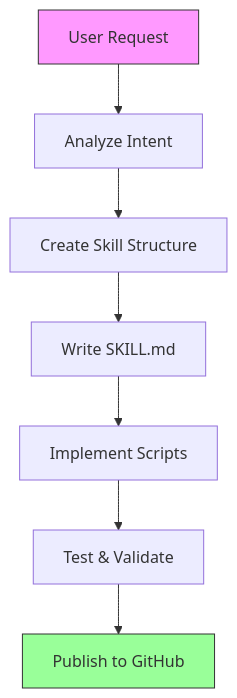
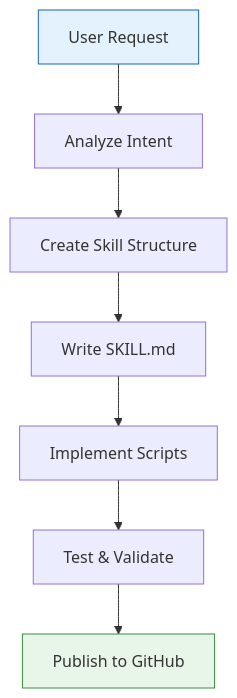
The diagram in docs/auto-generated/creating-openclaw-skills-2026-03-15.md (fanani-radian/openclaw-sumopod), drawn with Mermaid before and after one commit. The commit also changed other lines of this file and 3 other files, not shown here.

First line of the commit message:
auto: Generate tutorials with improved Mermaid diagrams - March 15, 2026

````diff
--- a/docs/auto-generated/creating-openclaw-skills-2026-03-15.md
+++ b/docs/auto-generated/creating-openclaw-skills-2026-03-15.md
@@ -37,12 +37,12 @@
 ```mermaid
 flowchart TD
-    A[User Request] --> B[Analyze Intent]
-    B --> C[Create Skill Structure]
-    C --> D[Write SKILL.md]
-    D --> E[Implement Scripts]
-    E --> F[Test & Validate]
-    F --> G[Publish to GitHub]
+    A["User Request"] --> B["Analyze Intent"]
+    B --> C["Create Skill Structure"]
+    C --> D["Write SKILL.md"]
+    D --> E["Implement Scripts"]
+    E --> F["Test & Validate"]
+    F --> G["Publish to GitHub"]
     
-    style A fill:#f9f,stroke:#333
-    style G fill:#9f9,stroke:#333
+    style A fill:#e3f2fd,stroke:#1565c0
+    style G fill:#e8f5e9,stroke:#388e3c
 ```
````
